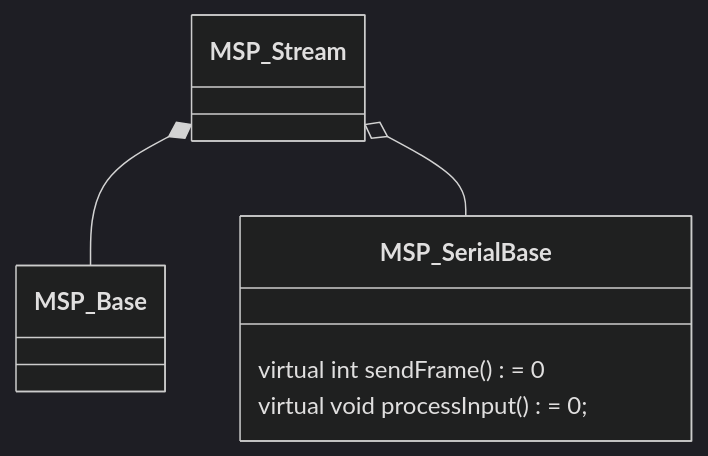
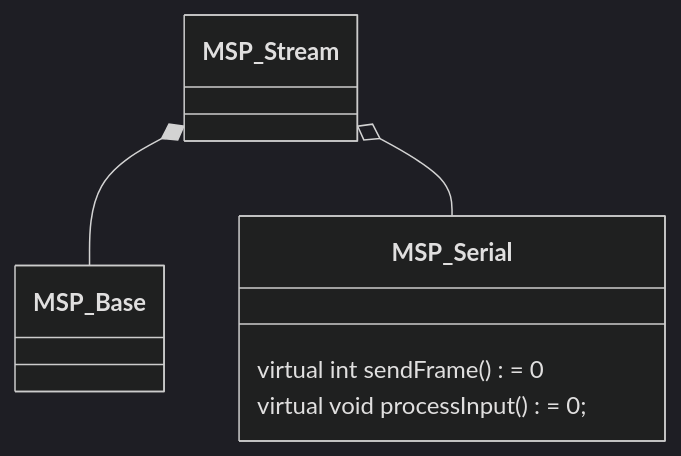
The diagram in README.md (martinbudden/Library-MultiWiiSerialProtocol), drawn with Mermaid (dark theme) before and after one commit. The commit also changed other lines of this file and 15 other files, not shown here.

Commit message:
Made MSP_Serial concrete. Added MSP_SerialPortBase virtual base class.

````diff
--- a/README.md
+++ b/README.md
@@ -17,13 +17,13 @@
 ```mermaid
 classDiagram
-    class MSP_SerialBase {
+    class MSP_Serial {
         virtual int sendFrame() = 0
         virtual void processInput() = 0;
     }
     class MSP_Base {
     }
     class MSP_Stream {
     }
     MSP_Stream *-- MSP_Base
-    MSP_Stream o-- MSP_SerialBase
+    MSP_Stream o-- MSP_Serial
 ```
````
